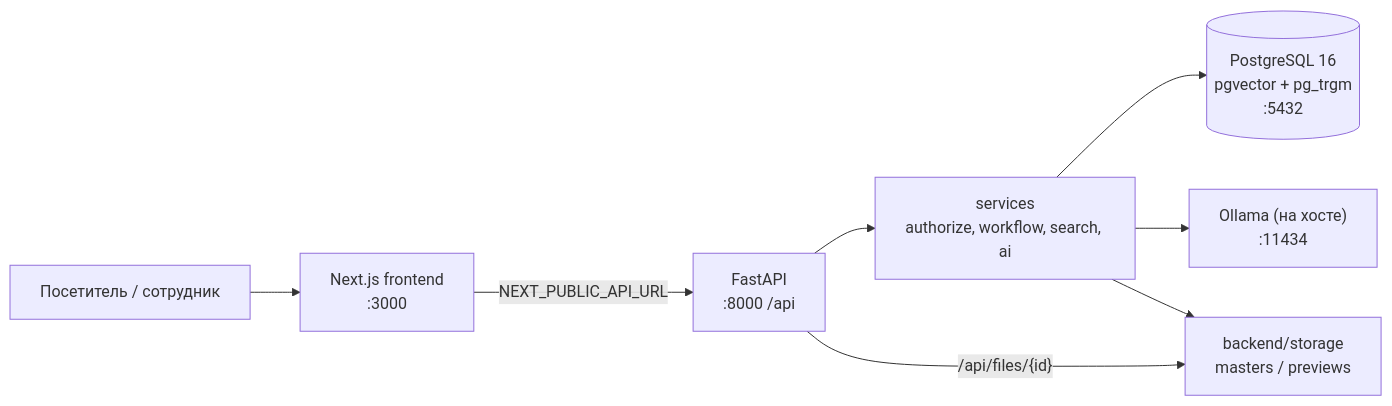
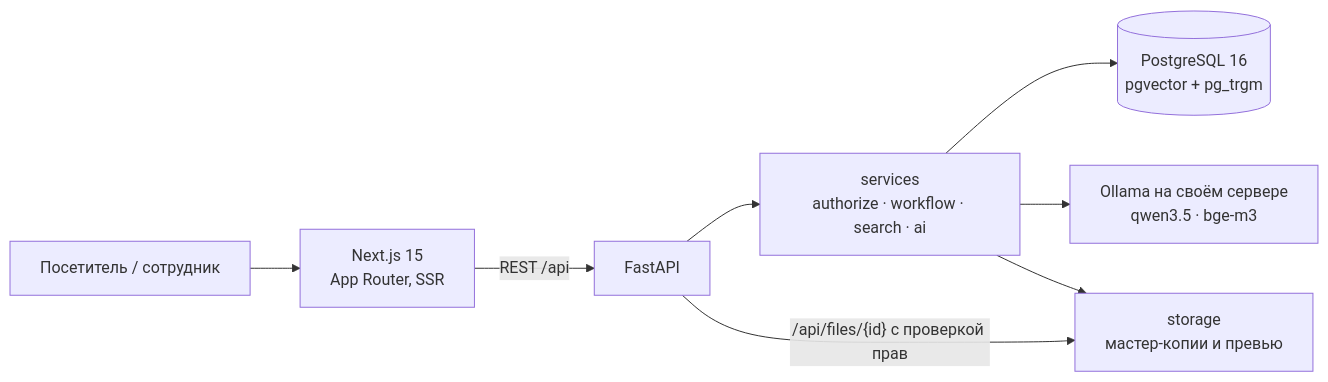
One commit to amblackrust/vko-archive changed the first of 2 diagrams in README.md. Above: the diagram before and after it, drawn with Mermaid. The commit also changed other lines of this file and 571 other files, not shown here.

````diff
--- a/README.md
+++ b/README.md
@@ -50,10 +92,10 @@
 ```mermaid
 flowchart LR
-    U["Посетитель / сотрудник"] --> FE["Next.js frontend<br/>:3000"]
-    FE -->|"NEXT_PUBLIC_API_URL"| API["FastAPI<br/>:8000 /api"]
-    API --> SVC["services<br/>authorize, workflow, search, ai"]
-    SVC --> DB[("PostgreSQL 16<br/>pgvector + pg_trgm<br/>:5432")]
-    SVC --> OL["Ollama (на хосте)<br/>:11434"]
-    SVC --> ST["backend/storage<br/>masters / previews"]
-    API -->|"/api/files/{id}"| ST
+    U["Посетитель / сотрудник"] --> FE["Next.js 15<br/>App Router, SSR"]
+    FE -->|"REST /api"| API["FastAPI"]
+    API --> SVC["services<br/>authorize · workflow · search · ai"]
+    SVC --> DB[("PostgreSQL 16<br/>pgvector + pg_trgm")]
+    SVC --> OL["Ollama на своём сервере<br/>qwen3.5 · bge-m3"]
+    SVC --> ST["storage<br/>мастер-копии и превью"]
+    API -->|"/api/files/{id} с проверкой прав"| ST
 ```
````
